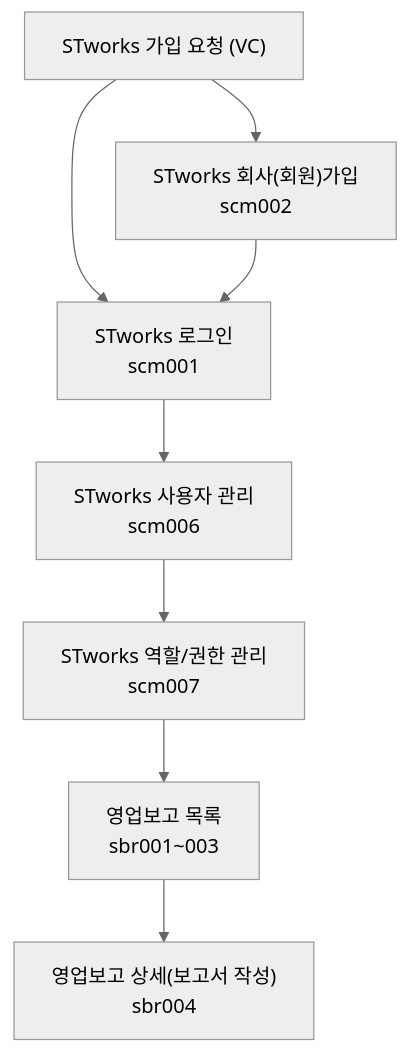
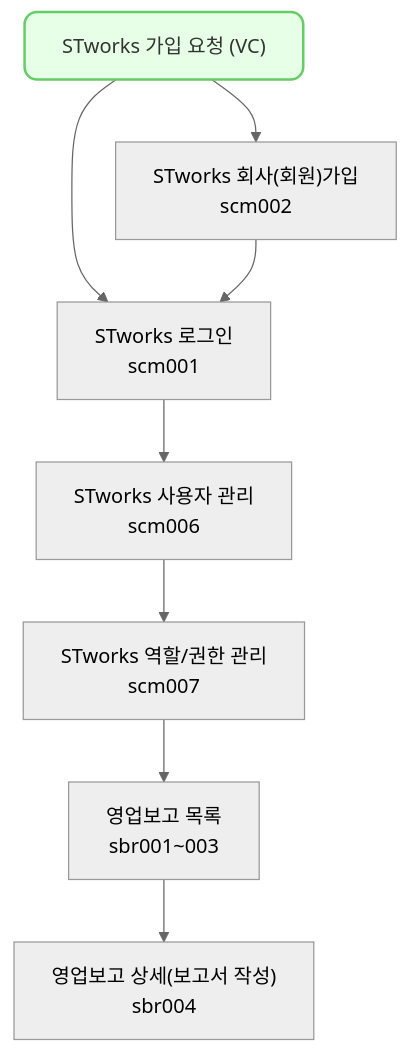
The diagram in _tabs/report.md (cotes2020/jekyll-theme-chirpy), drawn with Mermaid (neutral theme) before and after one commit. The commit also changed 6 other files, not shown here.

````diff
--- a/_tabs/report.md
+++ b/_tabs/report.md
@@ -10,27 +10,27 @@
 ```mermaid
 flowchart TD
     n1["STworks 가입 요청 (VC)"]
     n2["STworks 회사(회원)가입<br>scm002"]
     n3["STworks 로그인<br>scm001"]
     n4["STworks 사용자 관리<br>scm006"]
     n5["STworks 역할/권한 관리<br>scm007"]
     n6["영업보고 목록<br>sbr001~003"]
     n7["영업보고 상세(보고서 작성)<br>sbr004"]
     
     n1 --> n2
     n1 --> n3
     n2 --> n3
     n3 --> n4
     n4 --> n5
     n5 --> n6
     n6 --> n7
 
     click n2 "{% post_url 2024-09-01-scm002 %}" " "
     click n3 "{% post_url 2024-09-02-scm001 %}" " "
     click n4 "{% post_url 2024-09-03-scm006 %}" " "
     click n5 "{% post_url 2024-09-04-scm007 %}" " "
     click n6 "{% post_url 2024-09-05-sbr001 %}" " "
     click n7 "{% post_url 2024-09-06-sbr004 %}" " "
 
-    %%style n1 fill:#e6ffe6,stroke:#66cc66,stroke-width:2px,rx:10,ry:10,color:#333333,fontColor:#333333
+    style n1 fill:#e6ffe6,stroke:#66cc66,stroke-width:2px,rx:10,ry:10,color:#333333,fontColor:#333333
 ```
````
